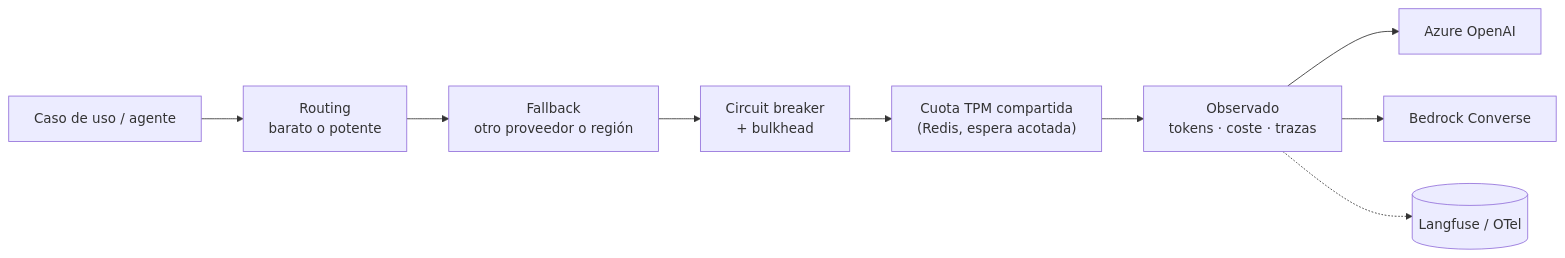
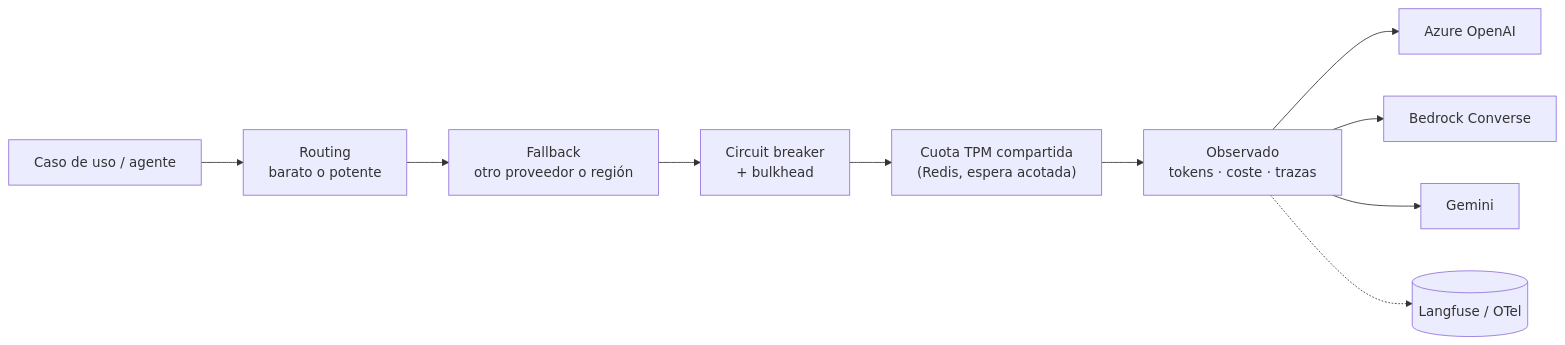
The third of 13 diagrams in docs/arquitectura.md (SergioVelmay/GenAI_PoCs), drawn with Mermaid before and after one commit. The commit also changed other lines of this file and 7 other files, not shown here.

````diff
--- a/docs/arquitectura.md
+++ b/docs/arquitectura.md
@@ -91,11 +92,12 @@
 ```mermaid
 flowchart LR
   UC["Caso de uso / agente"] --> R["Routing<br/>barato o potente"]
   R --> F["Fallback<br/>otro proveedor o región"]
   F --> CB["Circuit breaker<br/>+ bulkhead"]
   CB --> Q["Cuota TPM compartida<br/>(Redis, espera acotada)"]
   Q --> O["Observado<br/>tokens · coste · trazas"]
   O --> AZ["Azure OpenAI"]
   O --> BR["Bedrock Converse"]
+  O --> GE["Gemini"]
   O -.-> LF[("Langfuse / OTel")]
 ```
````
